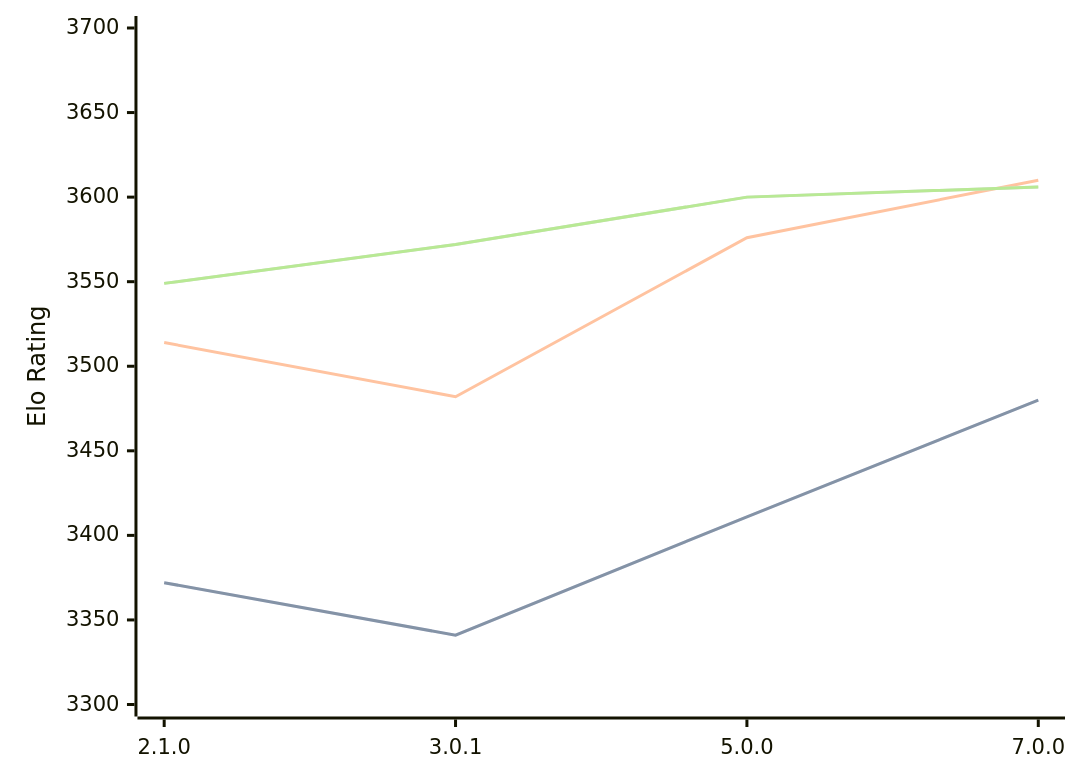
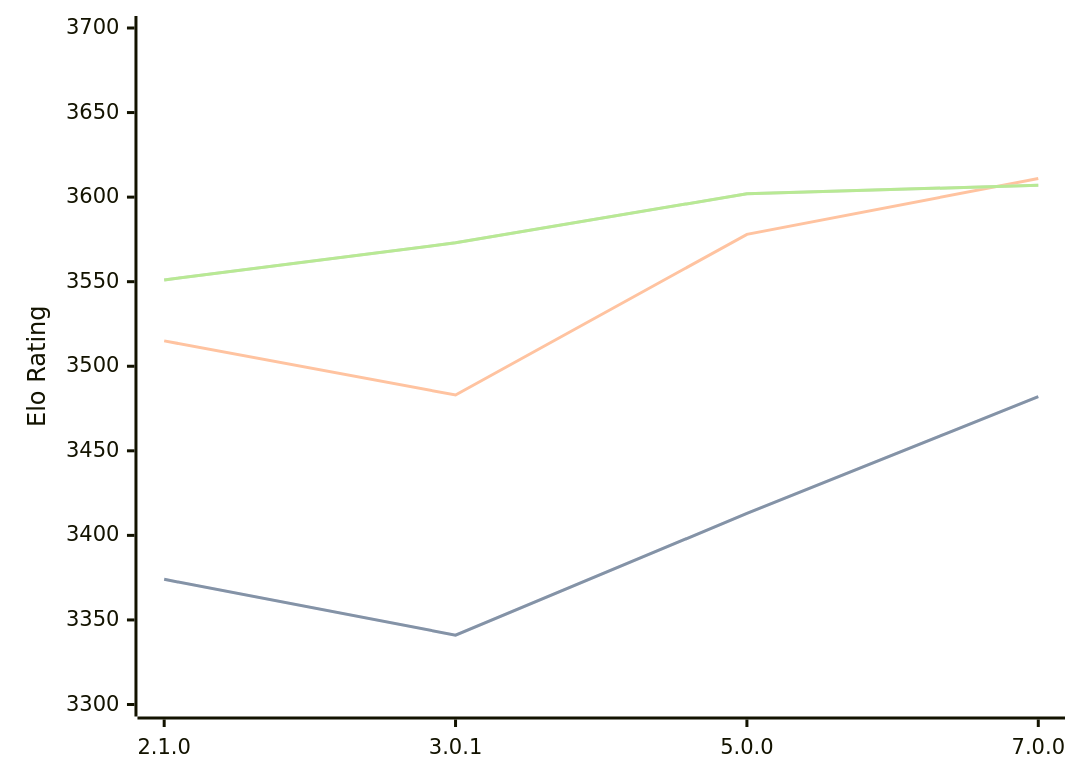
The diagram in engines/PlentyChess.md (computer-chess-index/cci), drawn with Mermaid before and after one commit. The commit also changed other lines of this file, not shown here.

Commit message:
Update CCI Ratings (ELO VLTC) - 2026-05-12

````diff
--- a/engines/PlentyChess.md
+++ b/engines/PlentyChess.md
@@ -45,11 +45,11 @@
 ```mermaid
 %%{init: {"theme":"base","themeVariables":{"seriesColors:['#a3a3a3','#222221','#faa371']}}}%%
 xychart-beta
   x-axis ["2.1.0", "3.0.1", "5.0.0", "7.0.0"]
   y-axis "Elo Rating" 3300 --> 3700
-  line "STC (8.0+0.08s)" [3372, 3341, 3411, 3480]
-  line "STC (8.0+0.08s)" [3372, 3341, 3411, 3480]
-  line "LTC (60.0+0.60s)" [3514, 3482, 3576, 3610]
-  line "VLTC (2m24s+1.12s)" [3549, 3572, 3600, 3606]
-  line "VLTC (2m24s+1.12s)" [3549, 3572, 3600, 3606]
+  line "STC (8.0+0.08s)" [3374, 3341, 3413, 3482]
+  line "STC (8.0+0.08s)" [3374, 3341, 3413, 3482]
+  line "LTC (60.0+0.60s)" [3515, 3483, 3578, 3611]
+  line "VLTC (2m24s+1.12s)" [3551, 3573, 3602, 3607]
+  line "VLTC (2m24s+1.12s)" [3551, 3573, 3602, 3607]
 ```
````
